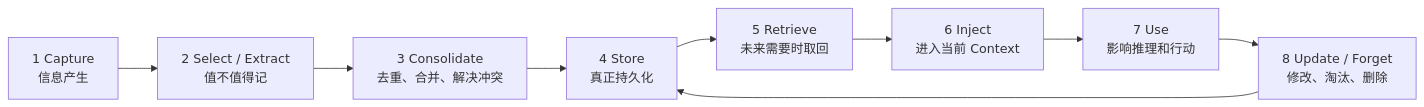
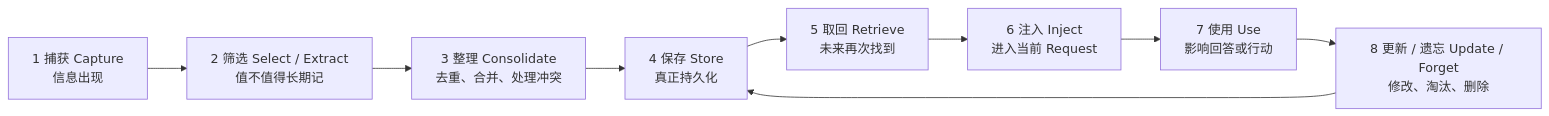
The sixth of 15 diagrams in learning/hermes-vault/chapters/06-memory-history-external-provider.md (SodaWWater/AI-Learn), drawn with Mermaid before and after one commit. The commit also changed other lines of this file, not shown here.

Commit message:
docs: clarify Hermes memory architecture and teaching flow

````diff
--- a/learning/hermes-vault/chapters/06-memory-history-external-provider.md
+++ b/learning/hermes-vault/chapters/06-memory-history-external-provider.md
@@ -383,11 +643,11 @@
 ```mermaid
 flowchart LR
-    A["1 Capture<br/>信息产生"] --> B["2 Select / Extract<br/>值不值得记"]
-    B --> C["3 Consolidate<br/>去重、合并、解决冲突"]
-    C --> D["4 Store<br/>真正持久化"]
-    D --> E["5 Retrieve<br/>未来需要时取回"]
-    E --> F["6 Inject<br/>进入当前 Context"]
-    F --> G["7 Use<br/>影响推理和行动"]
-    G --> H["8 Update / Forget<br/>修改、淘汰、删除"]
+    A["1 捕获 Capture<br/>信息出现"] --> B["2 筛选 Select / Extract<br/>值不值得长期记"]
+    B --> C["3 整理 Consolidate<br/>去重、合并、处理冲突"]
+    C --> D["4 保存 Store<br/>真正持久化"]
+    D --> E["5 取回 Retrieve<br/>未来再次找到"]
+    E --> F["6 注入 Inject<br/>进入当前 Request"]
+    F --> G["7 使用 Use<br/>影响回答或行动"]
+    G --> H["8 更新 / 遗忘 Update / Forget<br/>修改、淘汰、删除"]
     H --> D
 ```
````
